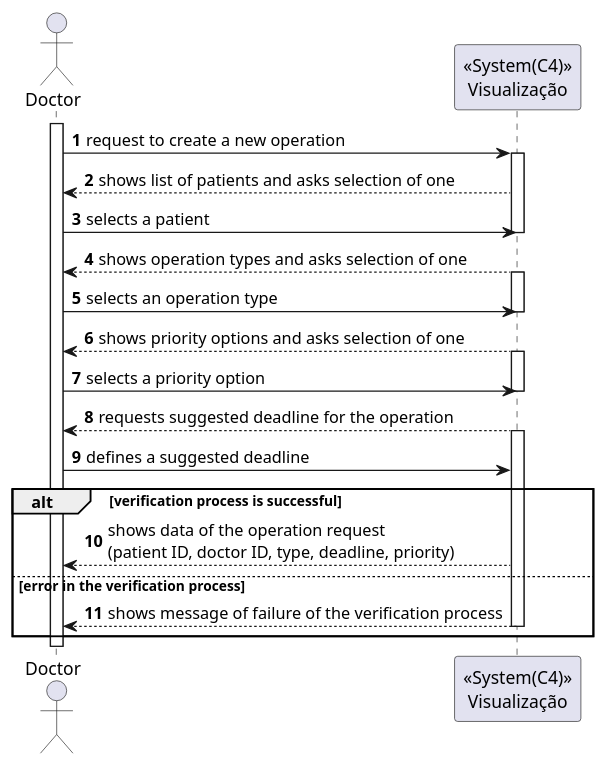
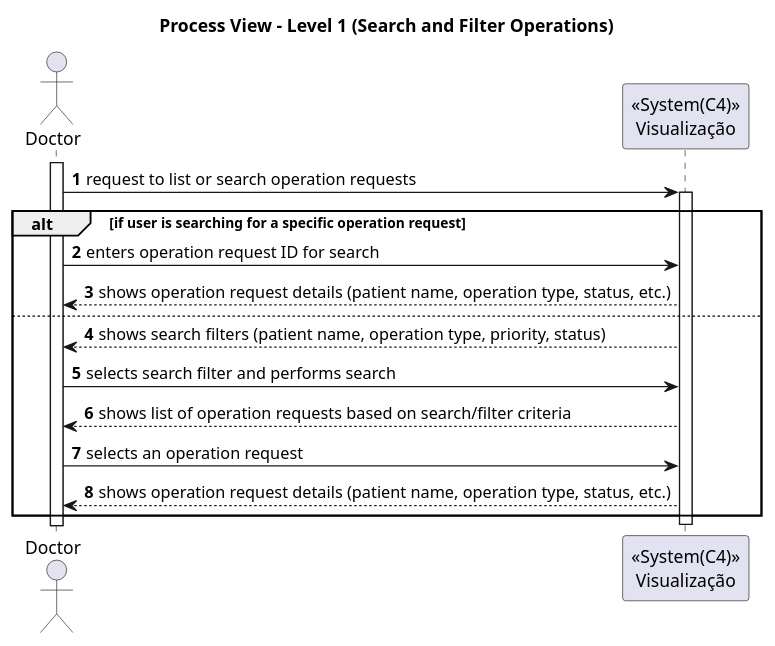
Before and after one commit to Saquinho74/LAPR5: the diagram in Docs/SprintA/US19/level1/process_view.puml, drawn with PlantUML. The commit also changed 2 other files, not shown here.

Commit message:
#19 Process view levels updated Logical changes

```diff
--- a/Docs/SprintA/US19/level1/process_view.puml
+++ b/Docs/SprintA/US19/level1/process_view.puml
@@ -1,60 +1,37 @@
 @startuml
 'https://plantuml.com/sequence-diagram
 
 autonumber
 actor Doctor as doc
 participant "<<System(C4)>>\nVisualização" as sys
+title Process View - Level 1 (Search and Filter Operations)
 
 activate doc
 
-doc -> sys: request to create a new operation
-
+doc -> sys: request to list or search operation requests
 activate sys
 
-sys --> doc: shows list of patients and asks selection of one
-doc -> sys: selects a patient
-
-deactivate sys
-
-sys --> doc: shows operation types and asks selection of one
-
-activate sys
+alt if user is searching for a specific operation request
+  doc -> sys: enters operation request ID for search
+  sys --> doc: shows operation request details (patient name, operation type, status, etc.)
 
 
-doc -> sys: selects an operation type
+else
+
+sys --> doc: shows search filters (patient name, operation type, priority, status)
+doc -> sys: selects search filter and performs search
+
+sys --> doc: shows list of operation requests based on search/filter criteria
+
+
+doc -> sys: selects an operation request
+
+sys --> doc: shows operation request details (patient name, operation type, status, etc.)
+
+
+end
 deactivate sys
 
 
-sys --> doc: shows priority options and asks selection of one
-activate sys
-
-doc -> sys: selects a priority option
-
-deactivate sys
-
-
-sys --> doc: requests suggested deadline for the operation
-activate sys
-
-doc -> sys: defines a suggested deadline
-
-
-
-
-
-
-
-alt verification process is successful
-
-  sys --> doc: shows data of the operation request \n(patient ID, doctor ID, type, deadline, priority)
-
-
-else error in the verification process
-
-  sys --> doc: shows message of failure of the verification process
-
-  deactivate sys
-
-end
 
 @enduml
```
